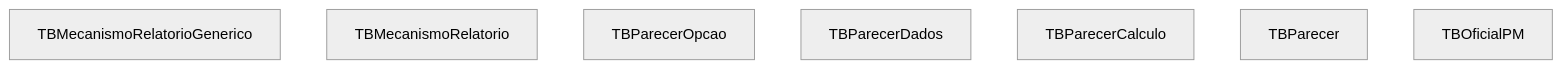
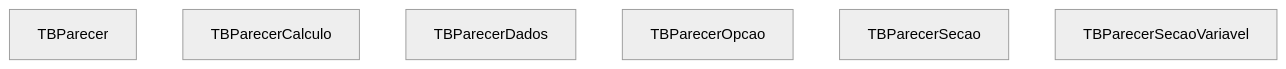
Before and after one commit to PedroDeveloper/adsd: diagram 11 of 15 in BDFolhaBA.md, drawn with Mermaid. The commit also changed other lines of this file, not shown here.

````diff
--- a/BDFolhaBA.md
+++ b/BDFolhaBA.md
@@ -162,18 +209,16 @@
 ```mermaid
 graph TB
 %%{ init: { 'theme': 'neutral', 'flowchart': { 'useMaxWidth': false, 'curve': 'basis' }}}%%
-	TBMecanismoRelatorioGenerico["TBMecanismoRelatorioGenerico"]
+	TBParecer["TBParecer"]
 
-	TBMecanismoRelatorio["TBMecanismoRelatorio"]
+	TBParecerCalculo["TBParecerCalculo"]
+
+	TBParecerDados["TBParecerDados"]
 
 	TBParecerOpcao["TBParecerOpcao"]
 
-	TBParecerDados["TBParecerDados"]
+	TBParecerSecao["TBParecerSecao"]
 
-	TBParecerCalculo["TBParecerCalculo"]
-
-	TBParecer["TBParecer"]
-
-	TBOficialPM["TBOficialPM"]
+	TBParecerSecaoVariavel["TBParecerSecaoVariavel"]
 
 ```
````
